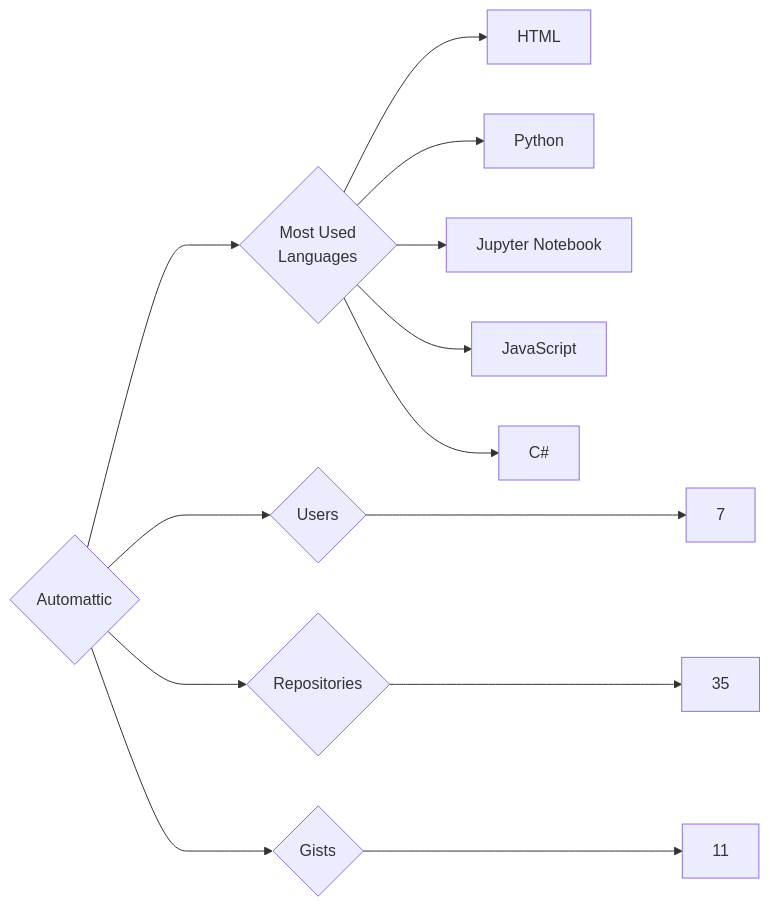
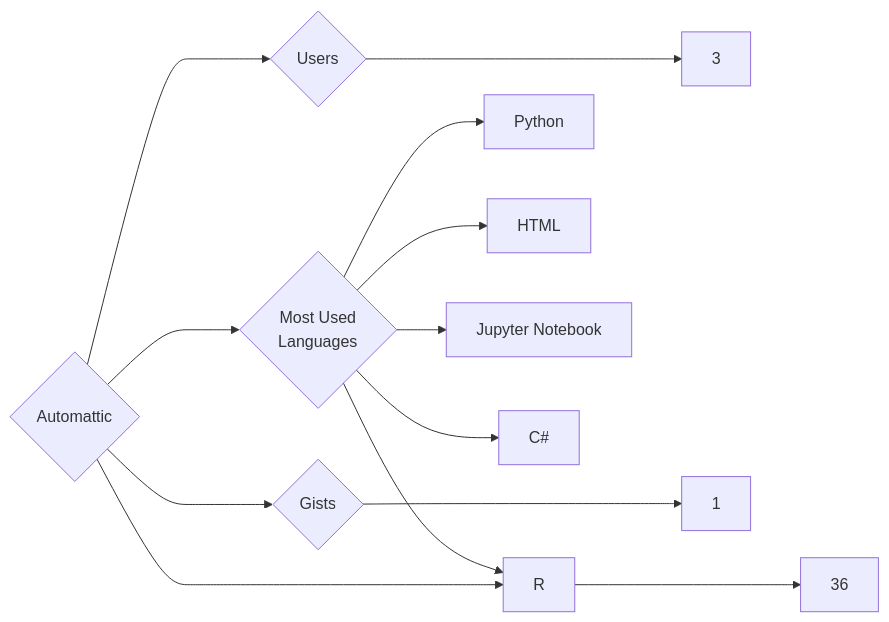
The diagram in targets/Automattic/README.md (trickest/insiders), drawn with Mermaid before and after one commit. The commit also changed 1023 other files, not shown here.

````diff
--- a/targets/Automattic/README.md
+++ b/targets/Automattic/README.md
@@ -3,13 +3,13 @@
 ```mermaid
 graph LR
 COMPANY_NAME{Automattic}
-COMPANY_NAME ---> U{Users} ---> UN[7]
-COMPANY_NAME ---> R{Repositories} ---> RN[35]
-COMPANY_NAME ---> G{Gists} ---> GN[11]
+COMPANY_NAME ---> U{Users} ---> UN[3]
+COMPANY_NAME ---> R{Repositories} ---> RN[36]
+COMPANY_NAME ---> G{Gists} ---> GN[1]
 COMPANY_NAME ---> ML{Most Used<br>Languages}
+ML --> Python[Python]
 ML --> HTML[HTML]
-ML --> Python[Python]
 ML --> Jupyter_Notebook[Jupyter Notebook]
-ML --> JavaScript[JavaScript]
 ML --> C#[C#]
+ML --> R[R]
 ```
````
